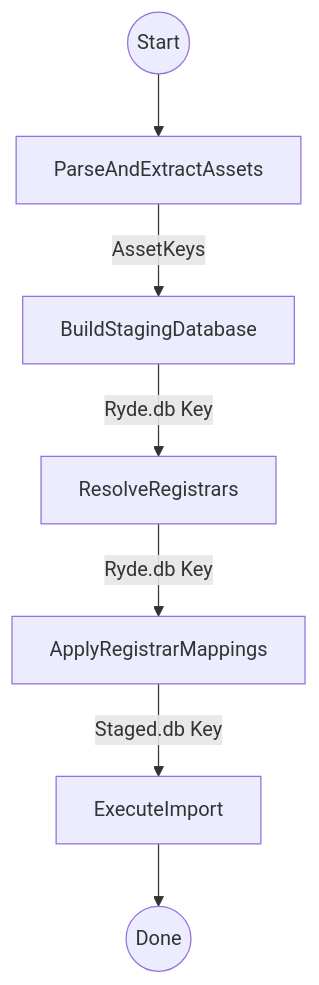
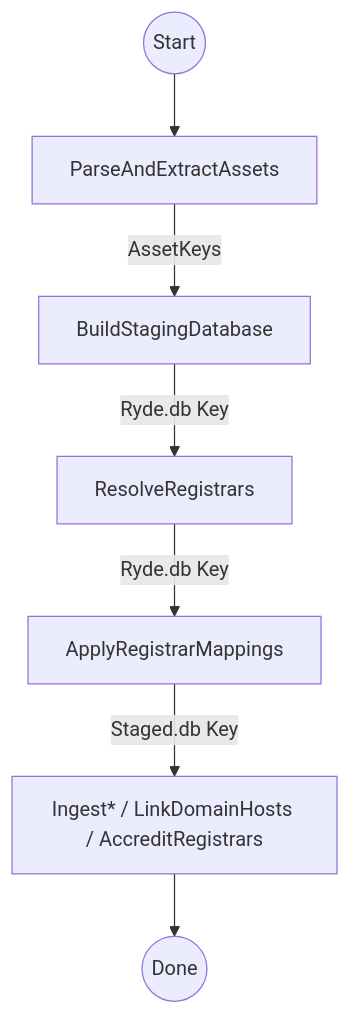
The diagram in docs/escrow_imports_walkthrough.md (onasunnymorning/domain-os), drawn with Mermaid before and after one commit. The commit also changed other lines of this file and 18 other files, not shown here.

````diff
--- a/docs/escrow_imports_walkthrough.md
+++ b/docs/escrow_imports_walkthrough.md
@@ -9,9 +9,9 @@
 ```mermaid
 flowchart TB
     Start((Start)) --> A[ParseAndExtractAssets]
     A -->|AssetKeys| B[BuildStagingDatabase]
     B -->|Ryde.db Key| C[ResolveRegistrars]
     C -->|Ryde.db Key| D[ApplyRegistrarMappings]
-    D -->|Staged.db Key| E[ExecuteImport]
+    D -->|Staged.db Key| E[Ingest* / LinkDomainHosts / AccreditRegistrars]
     E --> End((Done))
 ```
````
